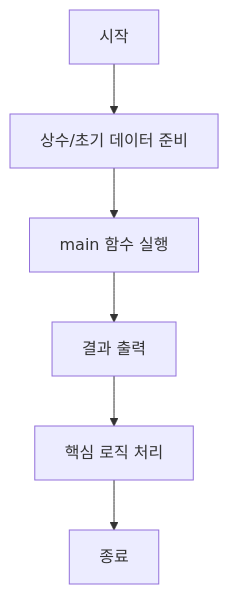
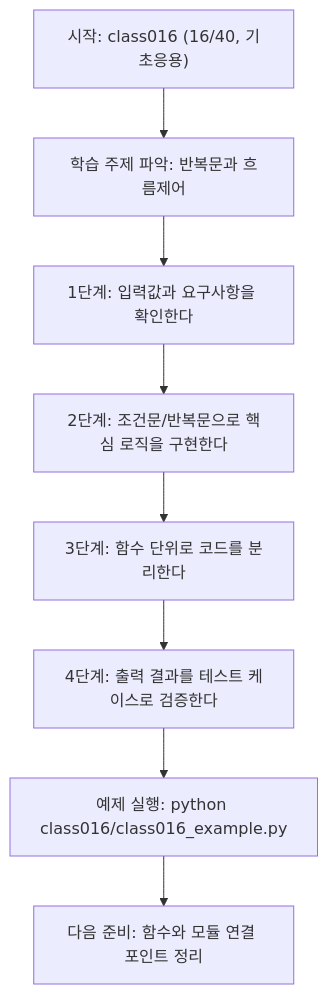
One commit to edumgt/Python-AI_Agent-Class changed the diagram in class016/class016.md. Above: the diagram before and after it, drawn with Mermaid. The commit also changed other lines of this file and 1012 other files, not shown here.

````diff
--- a/class016/class016.md
+++ b/class016/class016.md
@@ -63,9 +80,18 @@
 ```mermaid
-graph TD
-    N1[시작]
-    N1 --> N2[상수/초기 데이터 준비]
-    N2 --> N3[main 함수 실행]
-    N3 --> N4[결과 출력]
-    N4 --> N5[핵심 로직 처리]
-    N5 --> N6[종료]
+flowchart TD
+N1["시작: class016 (16/40, 기초응용)"]
+N2["학습 주제 파악: 반복문과 흐름제어"]
+N3["1단계: 입력값과 요구사항을 확인한다"]
+N4["2단계: 조건문/반복문으로 핵심 로직을 구현한다"]
+N5["3단계: 함수 단위로 코드를 분리한다"]
+N6["4단계: 출력 결과를 테스트 케이스로 검증한다"]
+N7["예제 실행: python class016/class016_example.py"]
+N8["다음 준비: 함수와 모듈 연결 포인트 정리"]
+N1 --> N2
+N2 --> N3
+N3 --> N4
+N4 --> N5
+N5 --> N6
+N6 --> N7
+N7 --> N8
 ```
````
